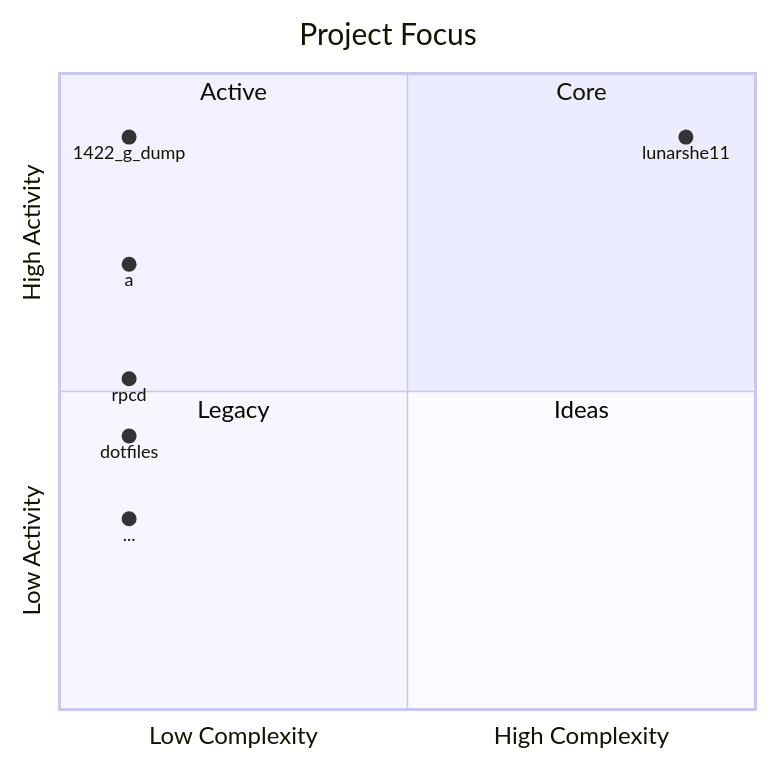
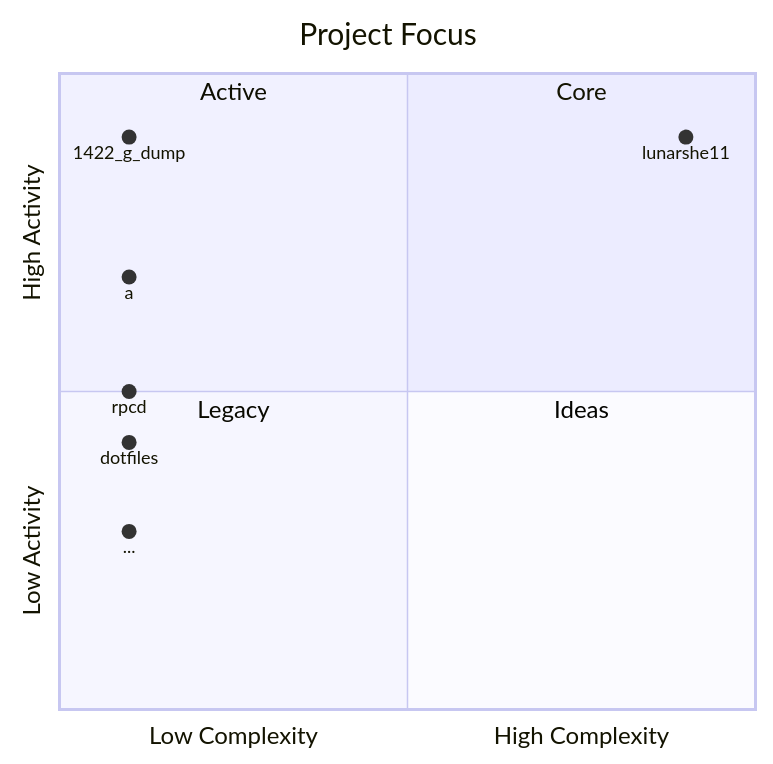
The first of 3 diagrams in README.md (lunarshe11/lunarshe11), drawn with Mermaid before and after one commit. The commit also changed other lines of this file, not shown here.

````diff
--- a/README.md
+++ b/README.md
@@ -13,16 +13,16 @@
 ```mermaid
 quadrantChart
     title Project Focus
     x-axis Low Complexity --> High Complexity
     y-axis Low Activity --> High Activity
     quadrant-1 Core
     quadrant-2 Active
     quadrant-3 Legacy
     quadrant-4 Ideas
+    lunarshe11: [0.9, 0.9]
     1422_g_dump: [0.1, 0.9]
-    lunarshe11: [0.9, 0.9]
-    a: [0.1, 0.7]
-    rpcd: [0.1, 0.52]
-    dotfiles: [0.1, 0.43]
-    ...: [0.1, 0.3]
+    a: [0.1, 0.68]
+    rpcd: [0.1, 0.5]
+    dotfiles: [0.1, 0.42]
+    ...: [0.1, 0.28]
 ```
````
